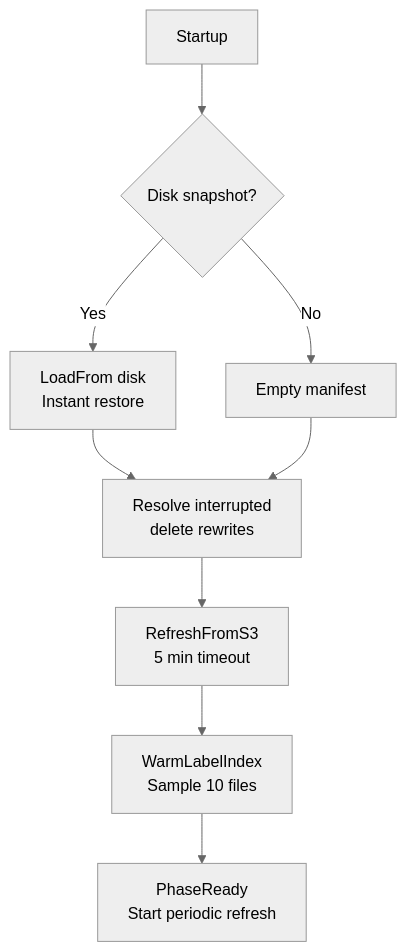
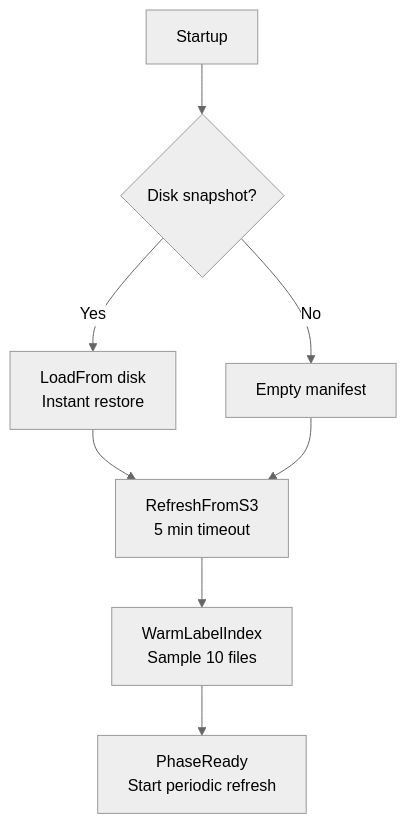
The seventh of 7 diagrams in docs/manifest-system.md (ReliablyObserve/victoria-lakehouse), drawn with Mermaid (neutral theme) before and after one commit. The commit also changed other lines of this file and 196 other files, not shown here.

````diff
--- a/docs/manifest-system.md
+++ b/docs/manifest-system.md
@@ -295,11 +294,10 @@
 ```mermaid
 flowchart TD
     BOOT[Startup] --> DISK{Disk snapshot?}
     DISK -->|Yes| LOAD[LoadFrom disk<br/>Instant restore]
     DISK -->|No| EMPTY[Empty manifest]
-    LOAD --> RESOLVE[Resolve interrupted<br/>delete rewrites]
-    EMPTY --> RESOLVE
-    RESOLVE --> S3[RefreshFromS3<br/>5 min timeout]
+    LOAD --> S3[RefreshFromS3<br/>5 min timeout]
+    EMPTY --> S3
     S3 --> WARM[WarmLabelIndex<br/>Sample 10 files]
     WARM --> READY[PhaseReady<br/>Start periodic refresh]
 ```
````
